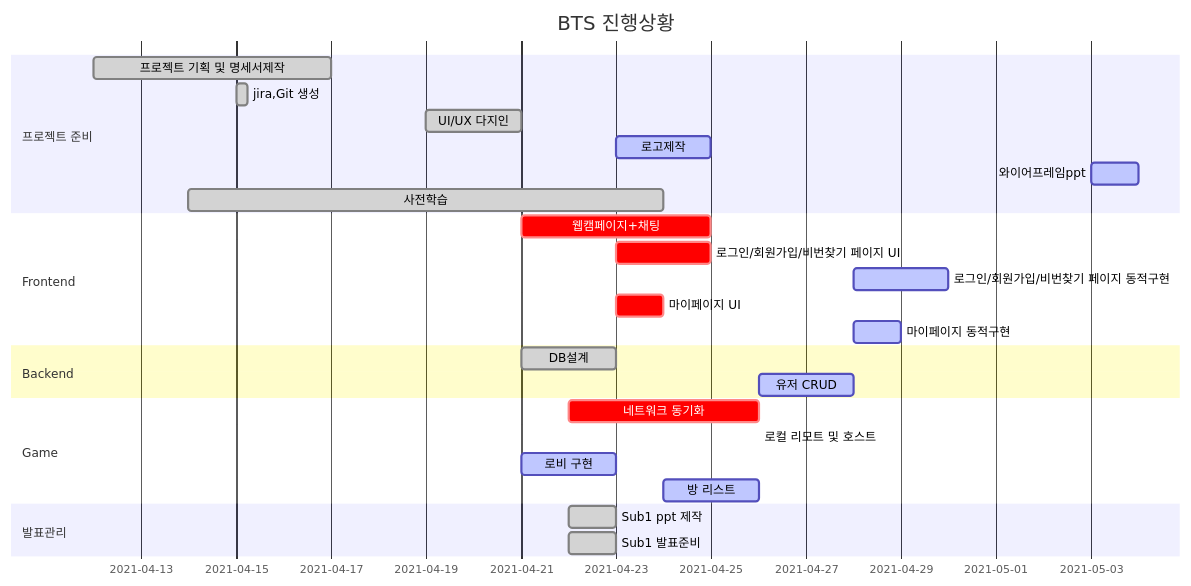
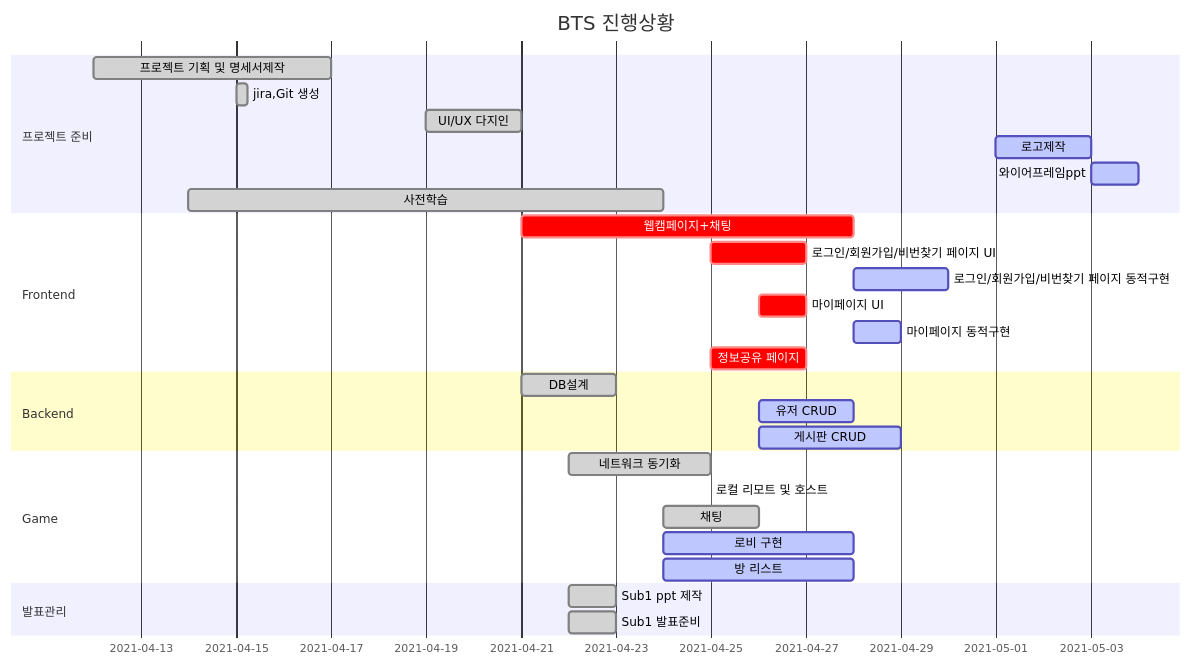
The diagram in README.md (Luminousjiny/PJT_BTS), drawn with Mermaid before and after one commit.

Commit message:
리드미 간트차트 업데이트

````diff
--- a/README.md
+++ b/README.md
@@ -48,33 +48,36 @@
 ```mermaid
 gantt
     title BTS 진행상황
     dateFormat  YYYY-MM-DD
     section 프로젝트 준비
     프로젝트 기획 및 명세서제작 : done, 2021-04-12, 5d
     jira,Git 생성  :done, 2021-04-15, 6h
     UI/UX 다지인  : done,   2021-04-19, 2d
-    로고제작 : active, 2021-04-23, 2d
+    로고제작 : active, 2021-05-01, 2d
     와이어프레임ppt : active, 2021-05-03, 1d
     사전학습  : done, 2021-04-14, 10d
 
     section Frontend
-    웹캠페이지+채팅 : crit, 2021-04-21, 4d
-    로그인/회원가입/비번찾기 페이지 UI : crit, 2021-04-23, 2d
+    웹캠페이지+채팅 : crit, 2021-04-21, 7d
+    로그인/회원가입/비번찾기 페이지 UI : crit, 2021-04-25, 2d
     로그인/회원가입/비번찾기 페이지 동적구현 : active, 2021-04-28, 2d
-    마이페이지 UI : crit, 2021-04-23, 1d
+    마이페이지 UI : crit, 2021-04-26, 1d
     마이페이지 동적구현 : active, 2021-04-28, 1d
+    정보공유 페이지 : crit, 2021-04-25, 2d
     
     section Backend
     DB설계 : done, 2021-04-21, 2d
     유저 CRUD : active, 2021-04-26, 2d
+    게시판 CRUD : active, 2021-04-26, 3d
     
     section Game
-	네트워크 동기화 : crit, 2021-04-22, 4d
-	로컬 리모트 및 호스트 : active, 2021-04-23 1d
-	로비 구현 : active, 2021-04-21, 2d
-    방 리스트 : active, 2021-04-24, 2d
+	네트워크 동기화 : done, 2021-04-22, 3d
+	로컬 리모트 및 호스트 : done, 2021-04-23 1d
+	채팅 : done, 2021-04-24, 2d
+	로비 구현 : active, 2021-04-24, 4d
+    방 리스트 : active, 2021-04-24, 4d
     
     section 발표관리
     Sub1 ppt 제작 : done, 2021-04-22, 1d
     Sub1 발표준비 : done, 2021-04-22, 1d
 ```
````
